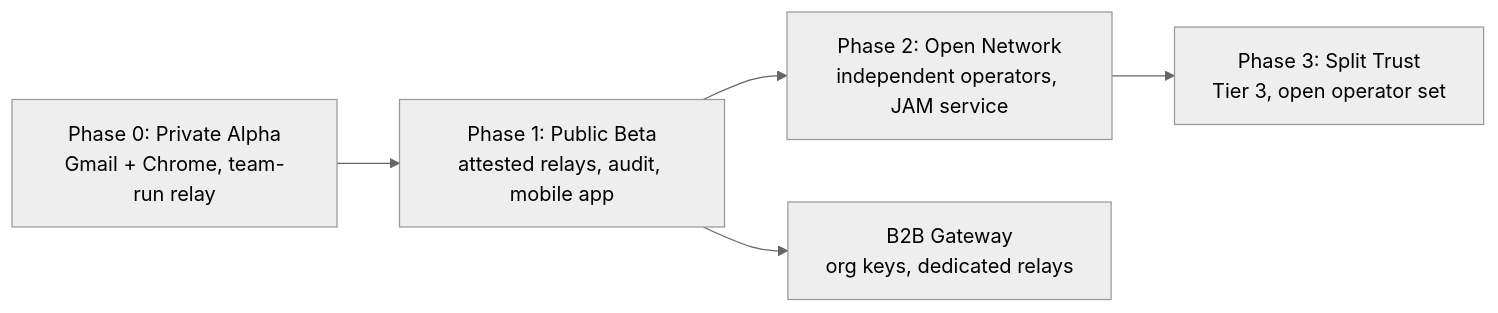
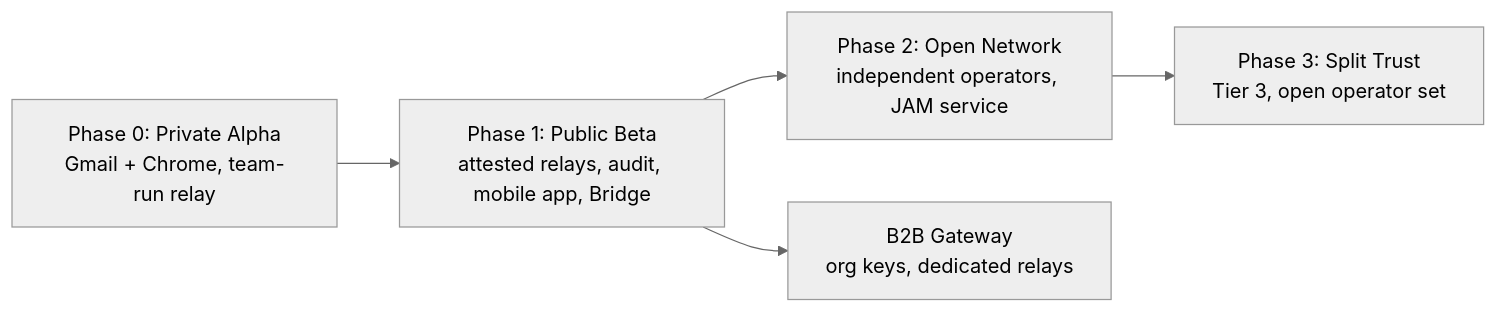
One commit to danicuki/zeromx changed the diagram in docs/04-roadmap.md. Above: the diagram before and after it, drawn with Mermaid (neutral theme). The commit also changed other lines of this file and 10 other files, not shown here.

````diff
--- a/docs/04-roadmap.md
+++ b/docs/04-roadmap.md
@@ -12,7 +12,7 @@
 ```mermaid
 flowchart LR
-    P0["Phase 0: Private Alpha<br/>Gmail + Chrome, team-run relay"] --> P1["Phase 1: Public Beta<br/>attested relays, audit, mobile app"]
+    P0["Phase 0: Private Alpha<br/>Gmail + Chrome, team-run relay"] --> P1["Phase 1: Public Beta<br/>attested relays, audit, mobile app, Bridge"]
     P1 --> P2["Phase 2: Open Network<br/>independent operators, JAM service"]
     P2 --> P3["Phase 3: Split Trust<br/>Tier 3, open operator set"]
     P1 --> B["B2B Gateway<br/>org keys, dedicated relays"]
 ```
````
